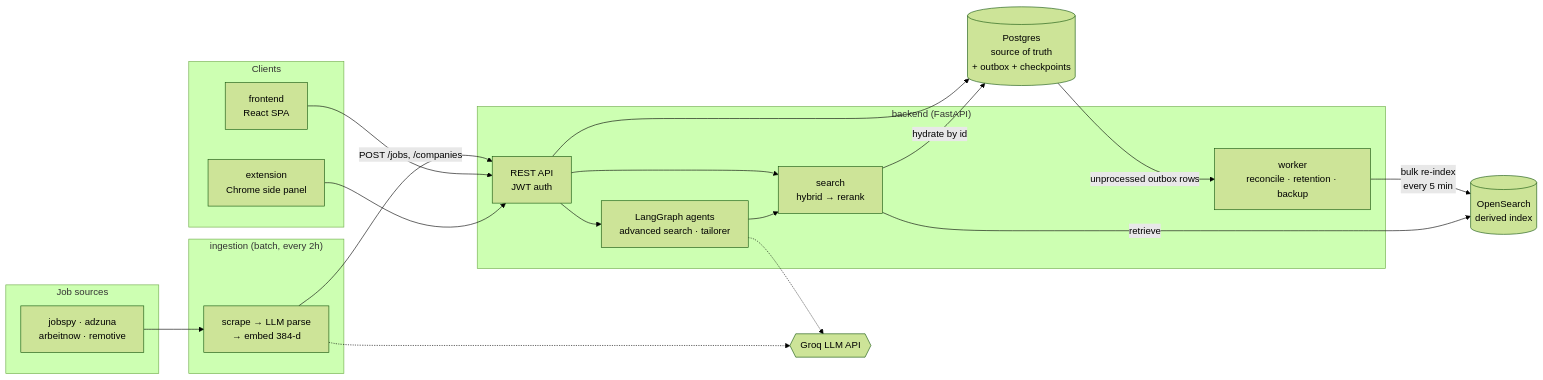
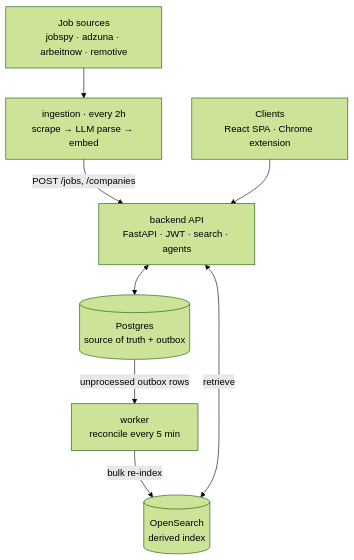
One commit to LorenzoSchiroli/jobstrainer changed the first of 7 diagrams in README.md. Above: the diagram before and after it, drawn with Mermaid (forest theme). The commit also changed other lines of this file, not shown here.

````diff
--- a/README.md
+++ b/README.md
@@ -30,41 +30,18 @@
 ```mermaid
-flowchart LR
-    subgraph sources["Job sources"]
-        S["jobspy · adzuna<br/>arbeitnow · remotive"]
-    end
+flowchart TB
+    SRC["Job sources<br/>jobspy · adzuna · arbeitnow · remotive"]
+    ING["ingestion · every 2h<br/>scrape → LLM parse → embed"]
+    CLI["Clients<br/>React SPA · Chrome extension"]
+    API["backend API<br/>FastAPI · JWT · search · agents"]
+    PG[("Postgres<br/>source of truth + outbox")]
+    WK["worker<br/>reconcile every 5 min"]
+    OS[("OpenSearch<br/>derived index")]
 
-    subgraph ing["ingestion (batch, every 2h)"]
-        I["scrape → LLM parse<br/>→ embed 384-d"]
-    end
-
-    subgraph clients["Clients"]
-        FE["frontend<br/>React SPA"]
-        EXT["extension<br/>Chrome side panel"]
-    end
-
-    subgraph be["backend (FastAPI)"]
-        API["REST API<br/>JWT auth"]
-        SEARCH["search<br/>hybrid → rerank"]
-        AGENTS["LangGraph agents<br/>advanced search · tailorer"]
-        WORKER["worker<br/>reconcile · retention · backup"]
-    end
-
-    PG[("Postgres<br/>source of truth<br/>+ outbox + checkpoints")]
-    OS[("OpenSearch<br/>derived index")]
-    LLM{{"Groq LLM API"}}
-
-    S --> I
-    I -->|"POST /jobs, /companies"| API
-    I -.-> LLM
-    FE --> API
-    EXT --> API
-    API --> PG
-    PG -->|"unprocessed outbox rows"| WORKER
-    WORKER -->|"bulk re-index<br/>every 5 min"| OS
-    API --> SEARCH
-    API --> AGENTS
-    AGENTS -.-> LLM
-    AGENTS --> SEARCH
-    SEARCH -->|"retrieve"| OS
-    SEARCH -->|"hydrate by id"| PG
+    SRC --> ING
+    ING -->|"POST /jobs, /companies"| API
+    CLI --> API
+    API <--> PG
+    PG -->|"unprocessed outbox rows"| WK
+    WK -->|"bulk re-index"| OS
+    API <-->|"retrieve"| OS
 ```
````
